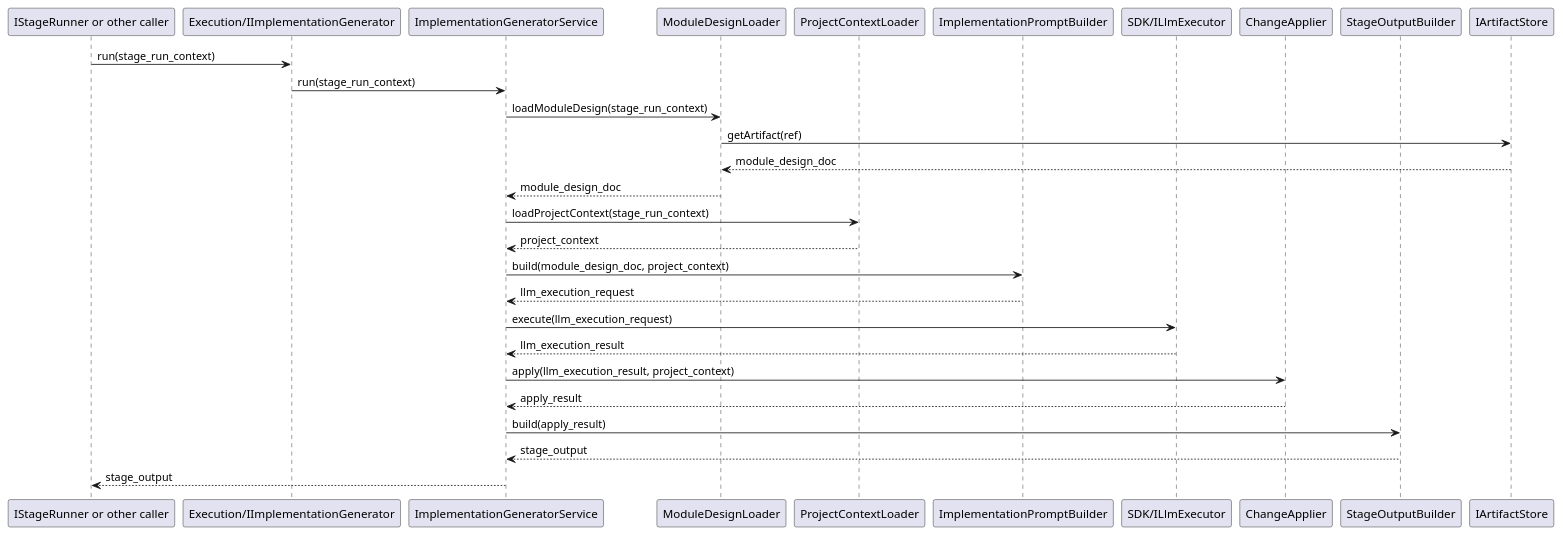
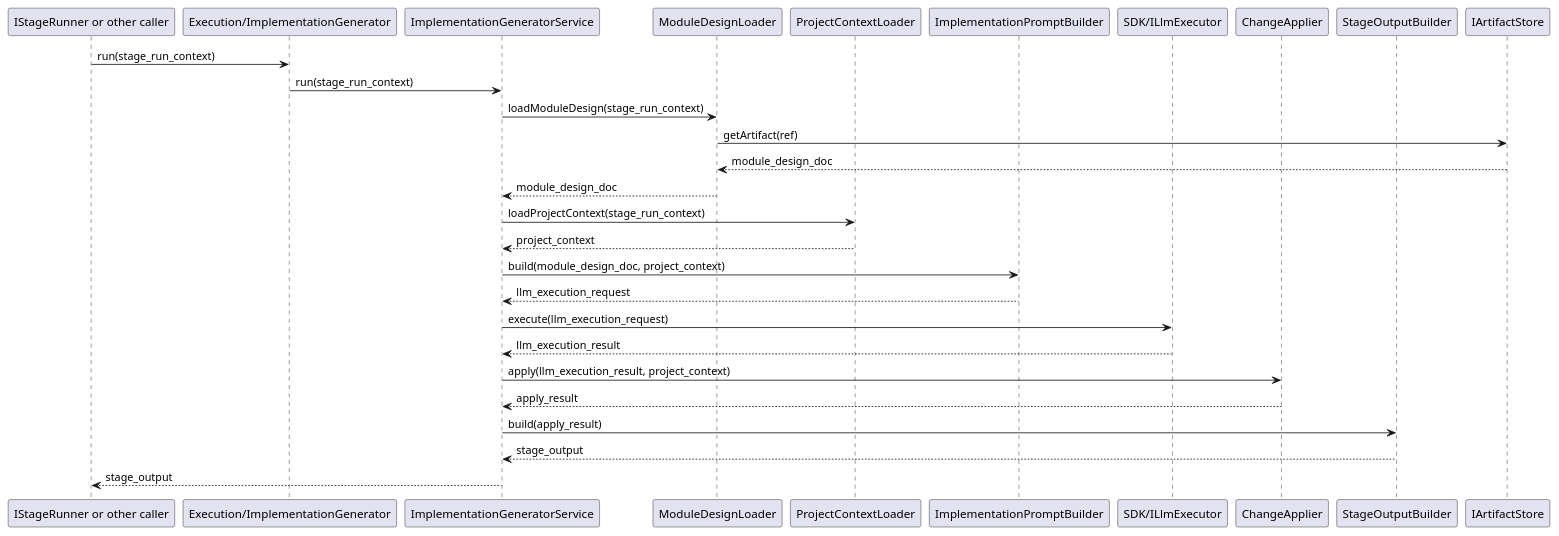
One commit to lucky-chen/ai_workflow_travel changed the second of 2 diagrams in meta_layer/docs/design_docs/Execution/ImplementationGenerator.md. Above: the diagram before and after it, drawn with PlantUML. The commit also changed other lines of this file and 18 other files, not shown here.

````diff
--- a/meta_layer/docs/design_docs/Execution/ImplementationGenerator.md
+++ b/meta_layer/docs/design_docs/Execution/ImplementationGenerator.md
@@ -179,32 +181,32 @@
 ```plantuml
 @startuml
 participant Caller as "IStageRunner or other caller"
-participant IImplementationGenerator as "Execution/IImplementationGenerator"
+participant ImplementationGenerator as "Execution/ImplementationGenerator"
 participant ImplementationGeneratorService
 participant ModuleDesignLoader
 participant ProjectContextLoader
 participant ImplementationPromptBuilder
 participant ILlmExecutor as "SDK/ILlmExecutor"
 participant ChangeApplier
 participant StageOutputBuilder
 participant IArtifactStore
 
-Caller -> IImplementationGenerator: run(stage_run_context)
-IImplementationGenerator -> ImplementationGeneratorService: run(stage_run_context)
+Caller -> ImplementationGenerator: run(stage_run_context)
+ImplementationGenerator -> ImplementationGeneratorService: run(stage_run_context)
 ImplementationGeneratorService -> ModuleDesignLoader: loadModuleDesign(stage_run_context)
 ModuleDesignLoader -> IArtifactStore: getArtifact(ref)
 IArtifactStore --> ModuleDesignLoader: module_design_doc
 ModuleDesignLoader --> ImplementationGeneratorService: module_design_doc
 ImplementationGeneratorService -> ProjectContextLoader: loadProjectContext(stage_run_context)
 ProjectContextLoader --> ImplementationGeneratorService: project_context
 ImplementationGeneratorService -> ImplementationPromptBuilder: build(module_design_doc, project_context)
 ImplementationPromptBuilder --> ImplementationGeneratorService: llm_execution_request
 ImplementationGeneratorService -> ILlmExecutor: execute(llm_execution_request)
 ILlmExecutor --> ImplementationGeneratorService: llm_execution_result
 ImplementationGeneratorService -> ChangeApplier: apply(llm_execution_result, project_context)
 ChangeApplier --> ImplementationGeneratorService: apply_result
 ImplementationGeneratorService -> StageOutputBuilder: build(apply_result)
 StageOutputBuilder --> ImplementationGeneratorService: stage_output
 ImplementationGeneratorService --> Caller: stage_output
 @enduml
 ```
````
